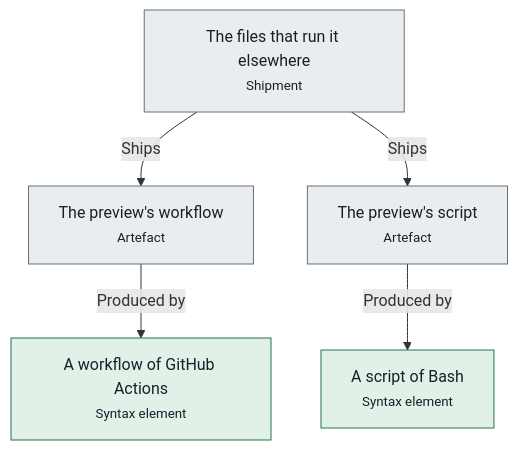
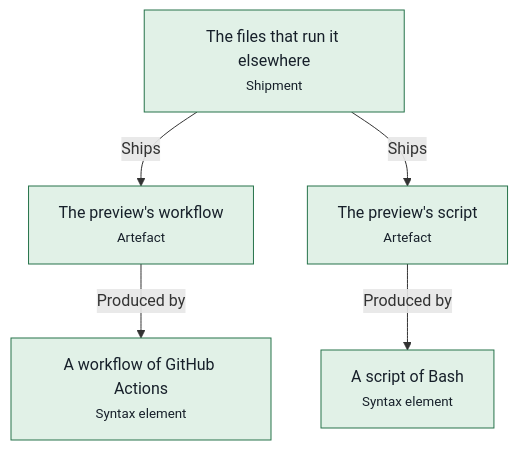
The third of 3 diagrams in apps/poselia/docs/pipelines.md (advancedcognitivesystems-ai/trame), drawn with Mermaid before and after one commit. The commit also changed other lines of this file and 84 other files, not shown here.

````diff
--- a/apps/poselia/docs/pipelines.md
+++ b/apps/poselia/docs/pipelines.md
@@ -286,17 +286,17 @@
 ```mermaid
 flowchart TB
-  n0["The preview's script<br/><small>Artefact</small>"]:::unknown
+  n0["The preview's script<br/><small>Artefact</small>"]:::held
   n1["A script of Bash<br/><small>Syntax element</small>"]:::held
-  n2["The preview's workflow<br/><small>Artefact</small>"]:::unknown
+  n2["The preview's workflow<br/><small>Artefact</small>"]:::held
   n3["A workflow of GitHub Actions<br/><small>Syntax element</small>"]:::held
-  n4["The files that run it elsewhere<br/><small>Shipment</small>"]:::unknown
+  n4["The files that run it elsewhere<br/><small>Shipment</small>"]:::held
   n0 -->|Produced by| n1
   n2 -->|Produced by| n3
   n4 -->|Ships| n2
   n4 -->|Ships| n0
   classDef held fill:#e1f1e7,stroke:#26734a,color:#17202a
   classDef blocked fill:#fbf0d9,stroke:#9a6200,color:#17202a
   classDef violated fill:#f9e3e1,stroke:#ad2a22,color:#17202a
   classDef unknown fill:#e9edf0,stroke:#65707c,color:#17202a
   classDef neutral fill:#ffffff,stroke:#5a6672,color:#17202a
 ```
````
